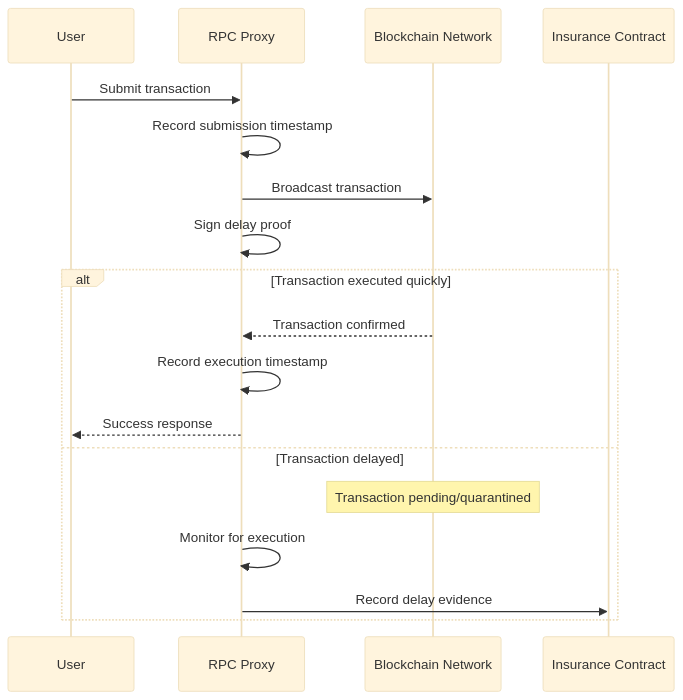
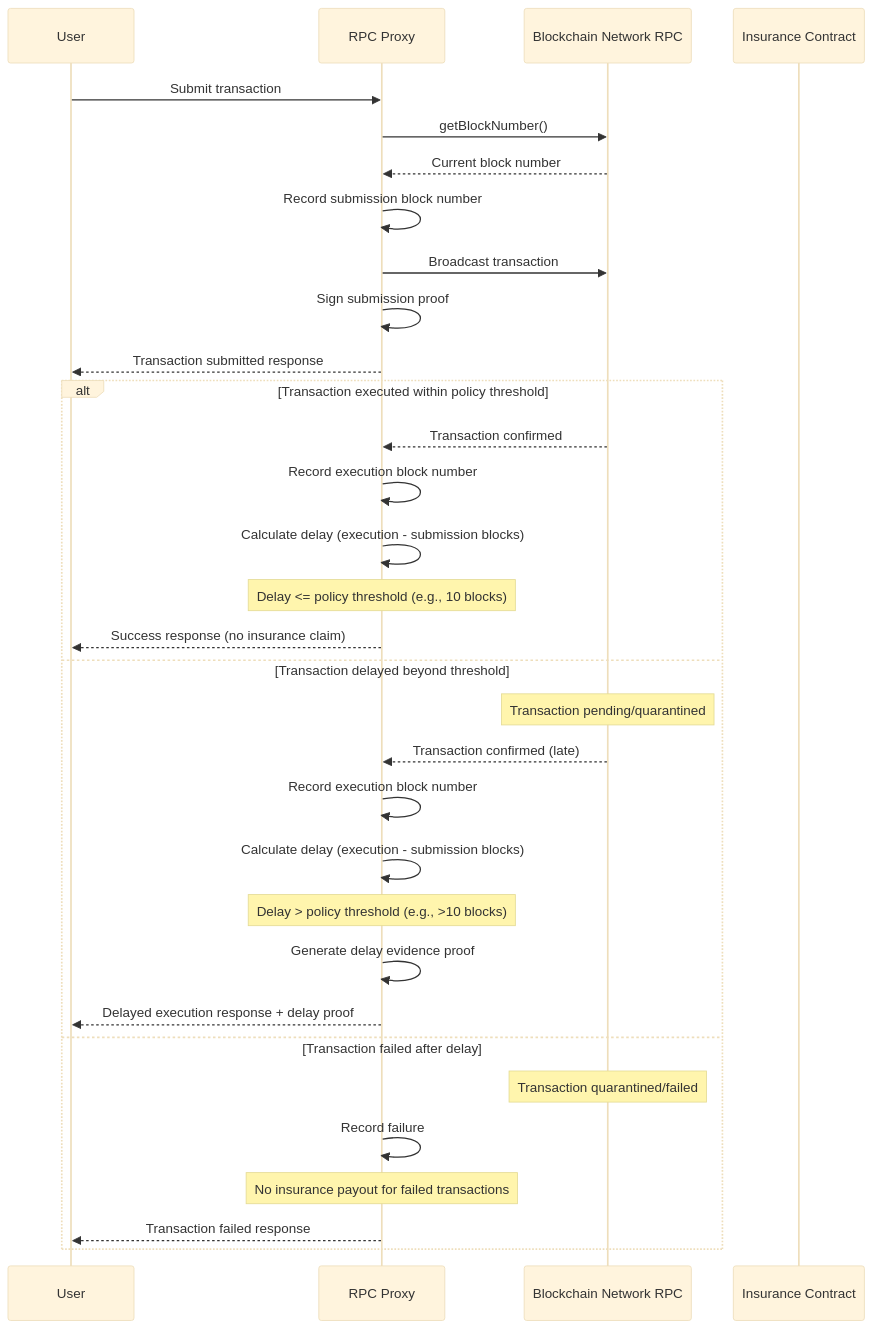
The second of 4 diagrams in README.md (jordan-public/transaction-delay-insurance), drawn with Mermaid (base theme) before and after one commit. The commit also changed other lines of this file, not shown here.

Commit message:
Claim workflow

````diff
--- a/README.md
+++ b/README.md
@@ -72,22 +72,36 @@
 ```mermaid
 sequenceDiagram
     participant User
     participant RPC Proxy
-    participant Blockchain Network
+    participant Blockchain Network RPC
     participant Insurance Contract
 
     User->>RPC Proxy: Submit transaction
-    RPC Proxy->>RPC Proxy: Record submission timestamp
-    RPC Proxy->>Blockchain Network: Broadcast transaction
-    RPC Proxy->>RPC Proxy: Sign delay proof
+    RPC Proxy->>Blockchain Network RPC: getBlockNumber()
+    Blockchain Network RPC-->>RPC Proxy: Current block number
+    RPC Proxy->>RPC Proxy: Record submission block number
+    RPC Proxy->>Blockchain Network RPC: Broadcast transaction
+    RPC Proxy->>RPC Proxy: Sign submission proof
+    RPC Proxy-->>User: Transaction submitted response
     
-    alt Transaction executed quickly
-        Blockchain Network-->>RPC Proxy: Transaction confirmed
-        RPC Proxy->>RPC Proxy: Record execution timestamp
-        RPC Proxy-->>User: Success response
-    else Transaction delayed
-        Note over Blockchain Network: Transaction pending/quarantined
-        RPC Proxy->>RPC Proxy: Monitor for execution
-        RPC Proxy->>Insurance Contract: Record delay evidence
+    alt Transaction executed within policy threshold
+        Blockchain Network RPC-->>RPC Proxy: Transaction confirmed
+        RPC Proxy->>RPC Proxy: Record execution block number
+        RPC Proxy->>RPC Proxy: Calculate delay (execution - submission blocks)
+        Note over RPC Proxy: Delay <= policy threshold (e.g., 10 blocks)
+        RPC Proxy-->>User: Success response (no insurance claim)
+    else Transaction delayed beyond threshold
+        Note over Blockchain Network RPC: Transaction pending/quarantined
+        Blockchain Network RPC-->>RPC Proxy: Transaction confirmed (late)
+        RPC Proxy->>RPC Proxy: Record execution block number
+        RPC Proxy->>RPC Proxy: Calculate delay (execution - submission blocks)
+        Note over RPC Proxy: Delay > policy threshold (e.g., >10 blocks)
+        RPC Proxy->>RPC Proxy: Generate delay evidence proof
+        RPC Proxy-->>User: Delayed execution response + delay proof
+    else Transaction failed after delay
+        Note over Blockchain Network RPC: Transaction quarantined/failed
+        RPC Proxy->>RPC Proxy: Record failure
+        Note over RPC Proxy: No insurance payout for failed transactions
+        RPC Proxy-->>User: Transaction failed response
     end
 ```
````
